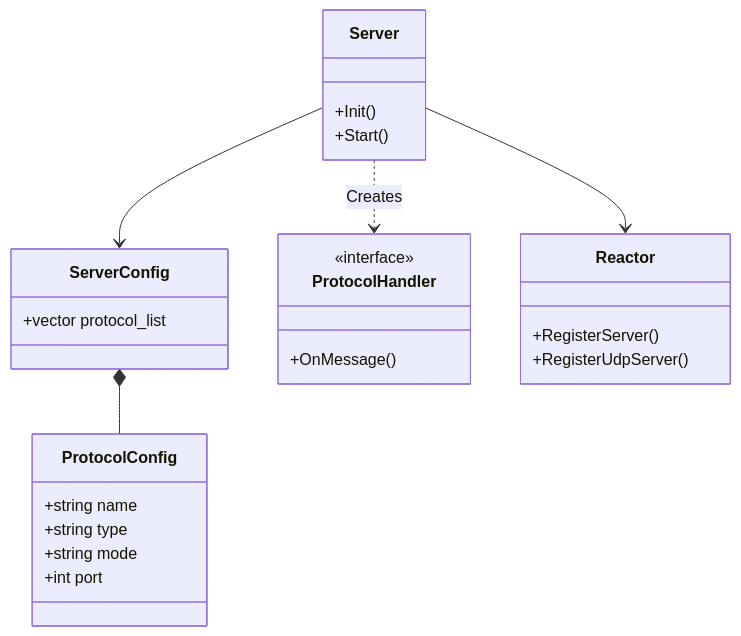
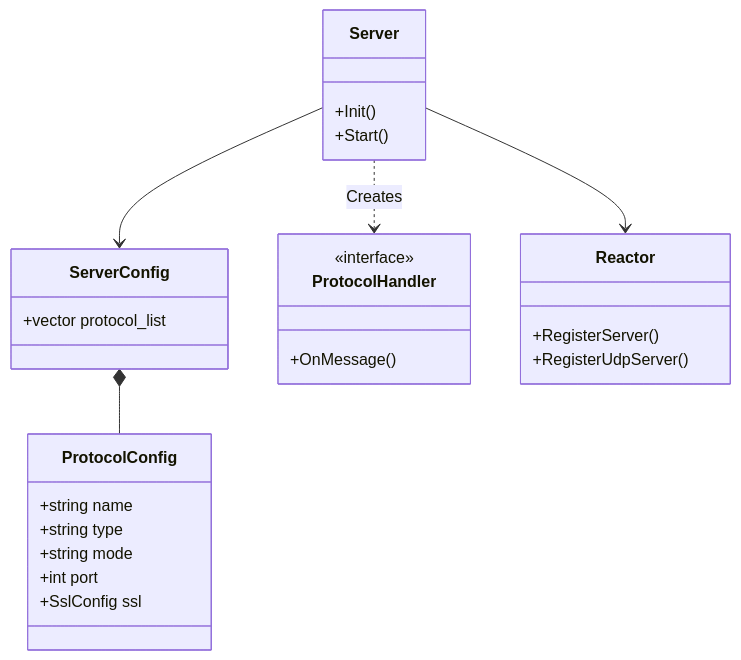
One commit to krishnajain872/Network_lirbary changed the diagram in docs/architecture/SUPER_ARCH.md. Above: the diagram before and after it, drawn with Mermaid. The commit also changed other lines of this file and 6 other files, not shown here.

````diff
--- a/docs/architecture/SUPER_ARCH.md
+++ b/docs/architecture/SUPER_ARCH.md
@@ -16,29 +17,30 @@
 ```mermaid
 classDiagram
     class ServerConfig {
         +vector<ProtocolConfig> protocol_list
     }
     class ProtocolConfig {
         +string name
         +string type
         +string mode
         +int port
+        +SslConfig ssl
     }
     class Server {
         +Init()
         +Start()
     }
     class ProtocolHandler {
         <<interface>>
         +OnMessage()
     }
     class Reactor {
         +RegisterServer()
         +RegisterUdpServer()
     }
 
     ServerConfig *-- ProtocolConfig
     Server --> ServerConfig
     Server --> Reactor
     Server ..> ProtocolHandler : Creates
 ```
````
